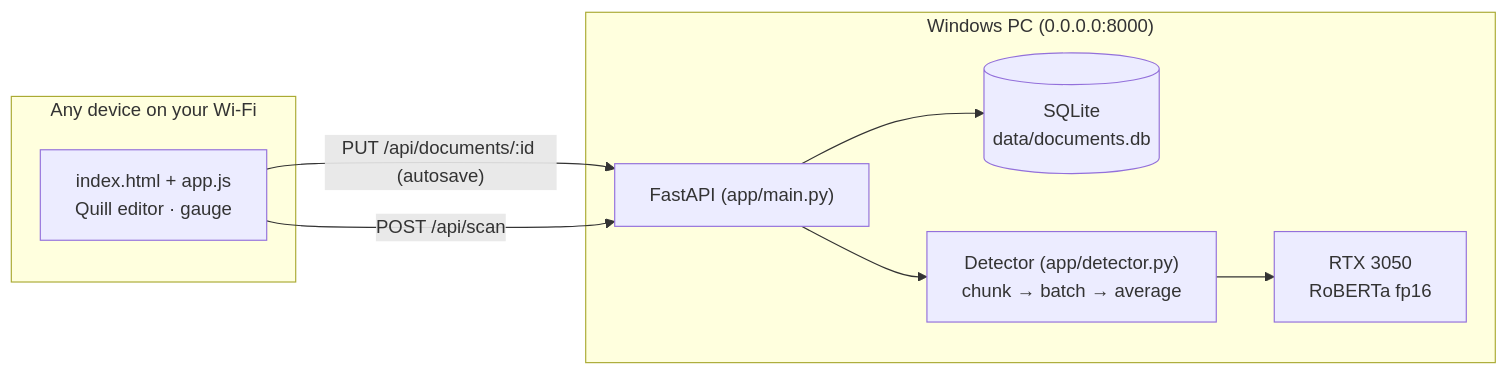
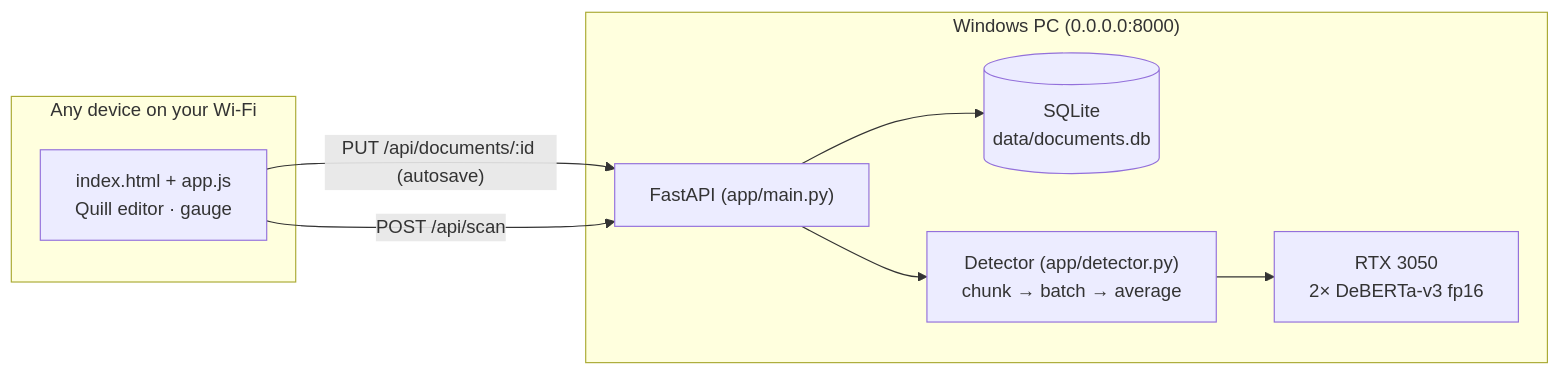
One commit to FarhanTDP/ai-detector changed the diagram in README.md. Above: the diagram before and after it, drawn with Mermaid. The commit also changed other lines of this file and 11 other files, not shown here.

````diff
--- a/README.md
+++ b/README.md
@@ -30,16 +35,16 @@
 ```mermaid
 flowchart LR
   subgraph Browser["Any device on your Wi-Fi"]
     UI["index.html + app.js<br/>Quill editor · gauge"]
   end
   subgraph Server["Windows PC (0.0.0.0:8000)"]
     API["FastAPI (app/main.py)"]
     DB[("SQLite<br/>data/documents.db")]
     DET["Detector (app/detector.py)<br/>chunk → batch → average"]
-    GPU["RTX 3050<br/>RoBERTa fp16"]
+    GPU["RTX 3050<br/>2× DeBERTa-v3 fp16"]
   end
   UI -- "PUT /api/documents/:id (autosave)" --> API
   UI -- "POST /api/scan" --> API
   API --> DB
   API --> DET --> GPU
 ```
````
